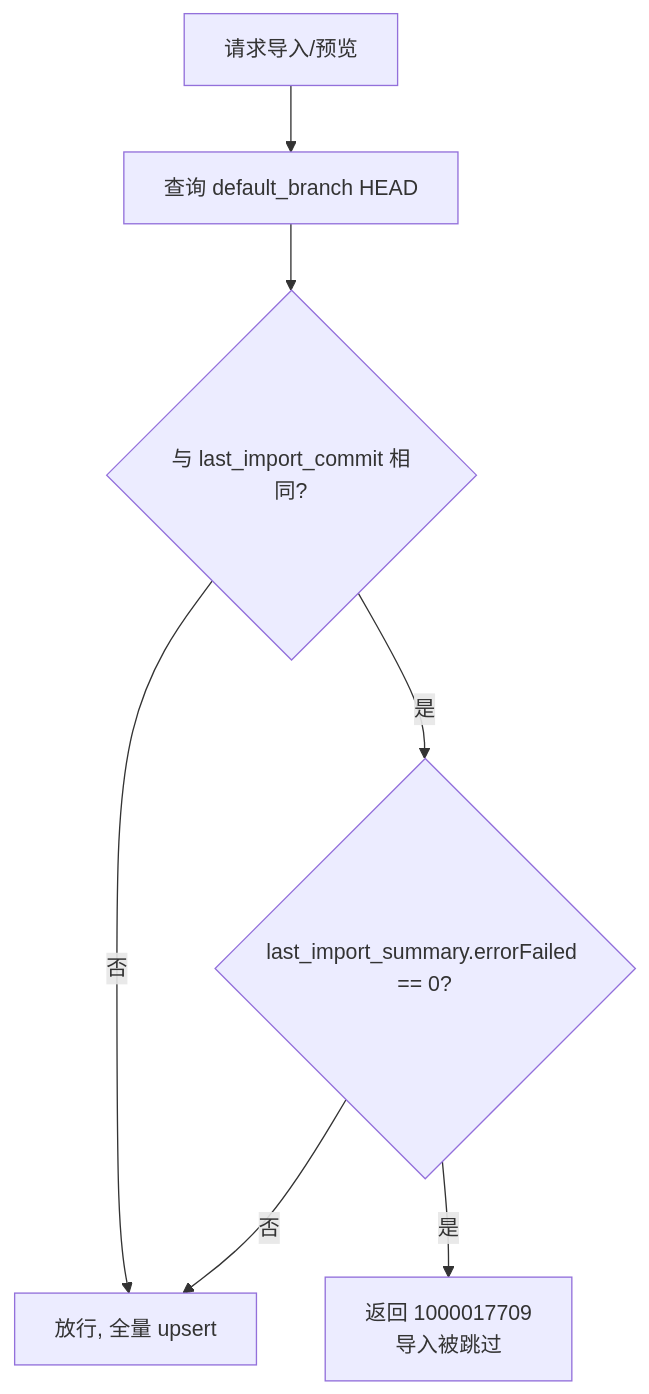
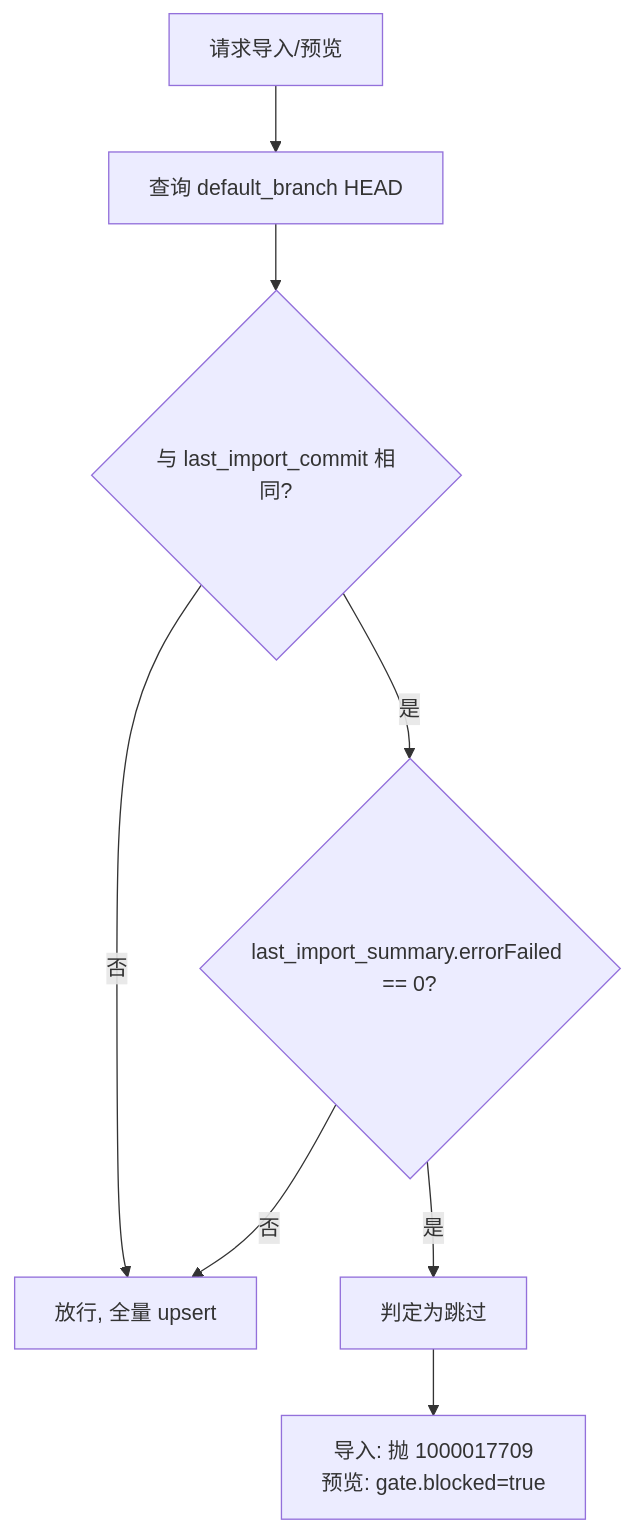
Before and after one commit to XiaoMiSum/robotest: the first of 4 diagrams in docs/04-detailed-design/05-api-testing/32-gitlab-integration-overview.md, drawn with Mermaid. The commit also changed other lines of this file and 1 other file, not shown here.

````diff
--- a/docs/04-detailed-design/05-api-testing/32-gitlab-integration-overview.md
+++ b/docs/04-detailed-design/05-api-testing/32-gitlab-integration-overview.md
@@ -276,9 +276,10 @@
 ```mermaid
 flowchart TD
     A[请求导入/预览] --> B[查询 default_branch HEAD]
     B --> C{与 last_import_commit 相同?}
     C -- 否 --> F[放行, 全量 upsert]
     C -- 是 --> D{last_import_summary.errorFailed == 0?}
     D -- 否 --> F
-    D -- 是 --> E[返回 1000017709<br/>导入被跳过]
+    D -- 是 --> E[判定为跳过]
+    E --> P[导入: 抛 1000017709<br/>预览: gate.blocked=true]
 ```
````
